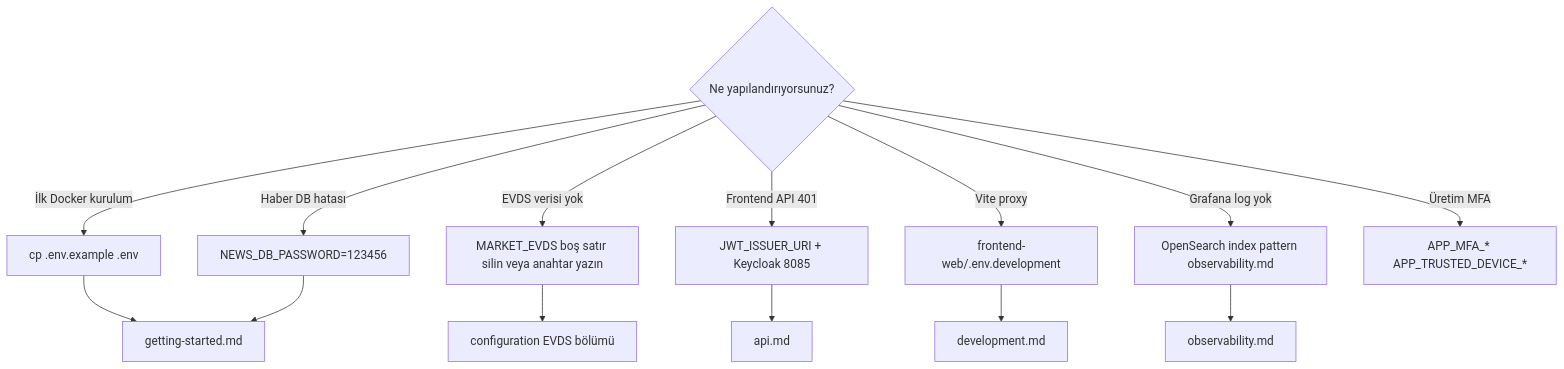
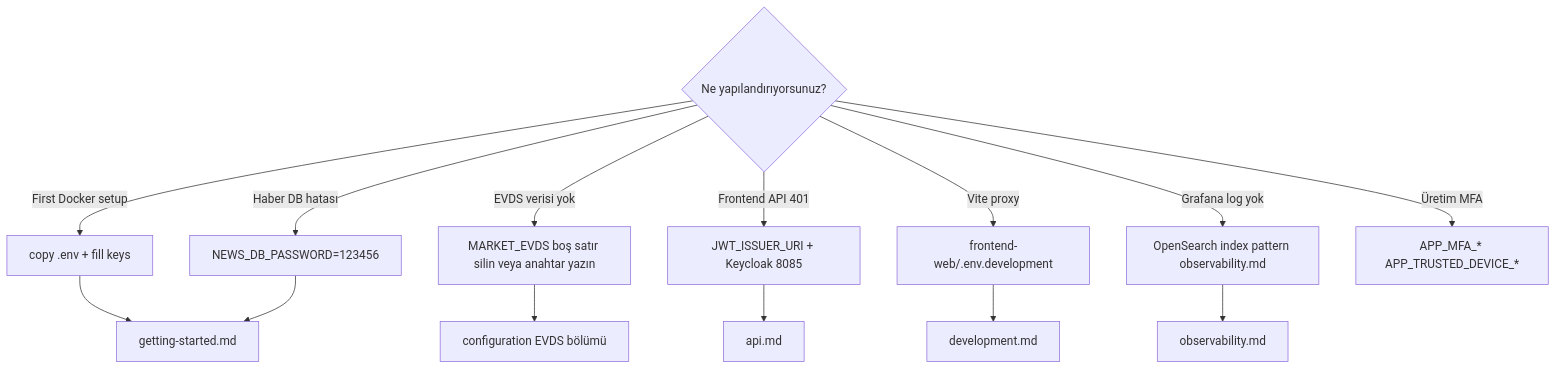
The fifth of 5 diagrams in docs/english/configuration.md (TaridaG/Toyota-32Bit-Finance-Platform), drawn with Mermaid before and after one commit. The commit also changed other lines of this file and 28 other files, not shown here.

````diff
--- a/docs/english/configuration.md
+++ b/docs/english/configuration.md
@@ -218,18 +231,18 @@
 ```mermaid
 flowchart TD
   Q{Ne yapılandırıyorsunuz?}
-  Q -->|İlk Docker kurulum| A[cp .env.example .env]
+  Q -->|First Docker setup| A[copy .env + fill keys]
   Q -->|Haber DB hatası| B[NEWS_DB_PASSWORD=123456]
   Q -->|EVDS verisi yok| C[MARKET_EVDS boş satır silin veya anahtar yazın]
   Q -->|Frontend API 401| D[JWT_ISSUER_URI + Keycloak 8085]
   Q -->|Vite proxy| E[frontend-web/.env.development]
   Q -->|Grafana log yok| F[OpenSearch index pattern observability.md]
   Q -->|Üretim MFA| G[APP_MFA_* APP_TRUSTED_DEVICE_*]
 
   A --> DOC[getting-started.md]
   B --> DOC
   C --> EVDS[configuration EVDS bölümü]
   D --> API[api.md]
   E --> DEV[development.md]
   F --> OBS[observability.md]
 ```
````
